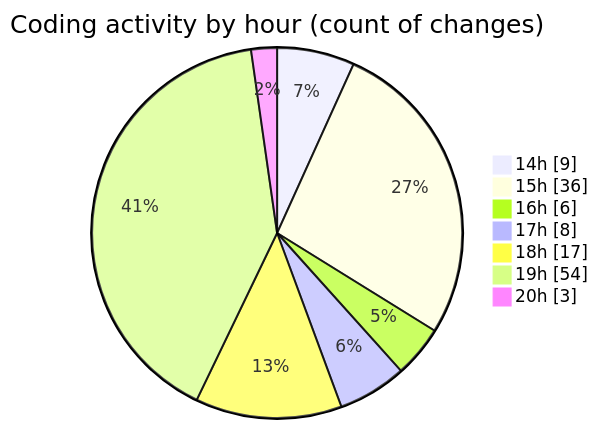
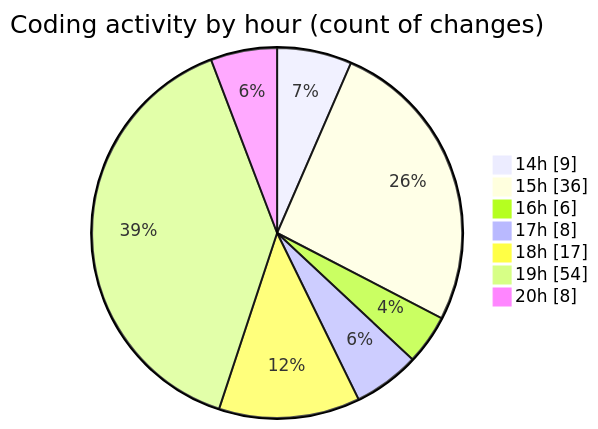
Before and after one commit to Ritupan-Deka/code-tracking: the second of 2 diagrams in 2025-06-17/projects/README.md, drawn with Mermaid. The commit also changed other lines of this file and 1 other file, not shown here.

````diff
--- a/2025-06-17/projects/README.md
+++ b/2025-06-17/projects/README.md
@@ -29,11 +29,11 @@
 ```mermaid
 pie showData
 title Coding activity by hour (count of changes)
 "14h" : 9
 "15h" : 36
 "16h" : 6
 "17h" : 8
 "18h" : 17
 "19h" : 54
-"20h" : 3
+"20h" : 8
 ```
````
